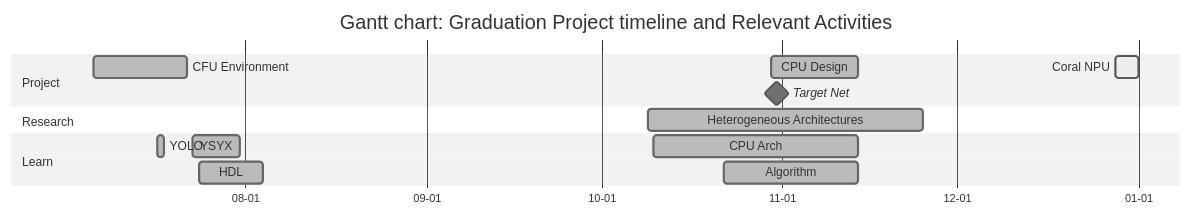
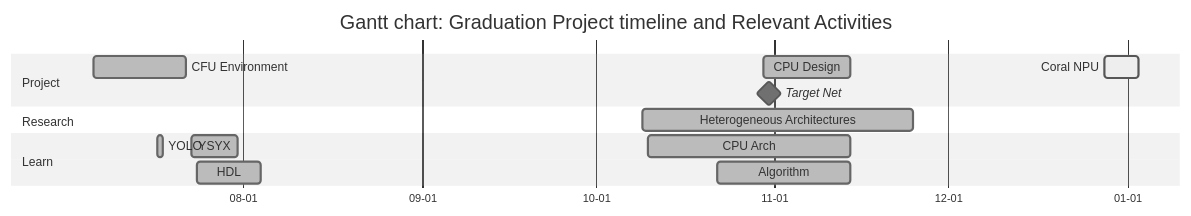
Before and after one commit to Marcobisky/Marcobisky.github.io: the first of 3 diagrams in tinyml/index.qmd, drawn with Mermaid (neutral theme). The commit also changed other lines of this file and 2 other files, not shown here.

````diff
--- a/tinyml/index.qmd
+++ b/tinyml/index.qmd
@@ -48,32 +48,32 @@
 ```{mermaid}
 ---
 displayMode: compact
 ---
 %%| label: fig-graduation-timeline
 %%| fig-cap: "Gantt Chart"
 %%| fig-width: 10
 %%| fig-height: 6
 
 gantt
     title Gantt chart: Graduation Project timeline and Relevant Activities
     dateFormat  YYYY-MM-DD
     axisFormat  %m-%d
     tickInterval 14d
 
     section Project
         CFU Environment :done, 2025-07-06, 2025-07-22
         Target Net :milestone, 2025-10-31, 0d
         CPU Design :done, 2025-10-30, 2025-11-14
-        Coral NPU :active, 2025-12-28, 2026-01-01
+        Coral NPU :active, 2025-12-28, 2026-01-03
 
     section Research
         Heterogeneous Architectures :done, 2025-10-09, 2025-11-25
 
     section Learn
         YSYX :done, 2025-07-23, 2025-07-31
         HDL :done, 2025-07-24, 2025-08-04
         YOLO :done, 2025-07-17, 1d
         CPU Arch :done, 2025-10-10, 2025-11-14
         Algorithm :done, 2025-10-22, 2025-11-14
 
 ```
````
